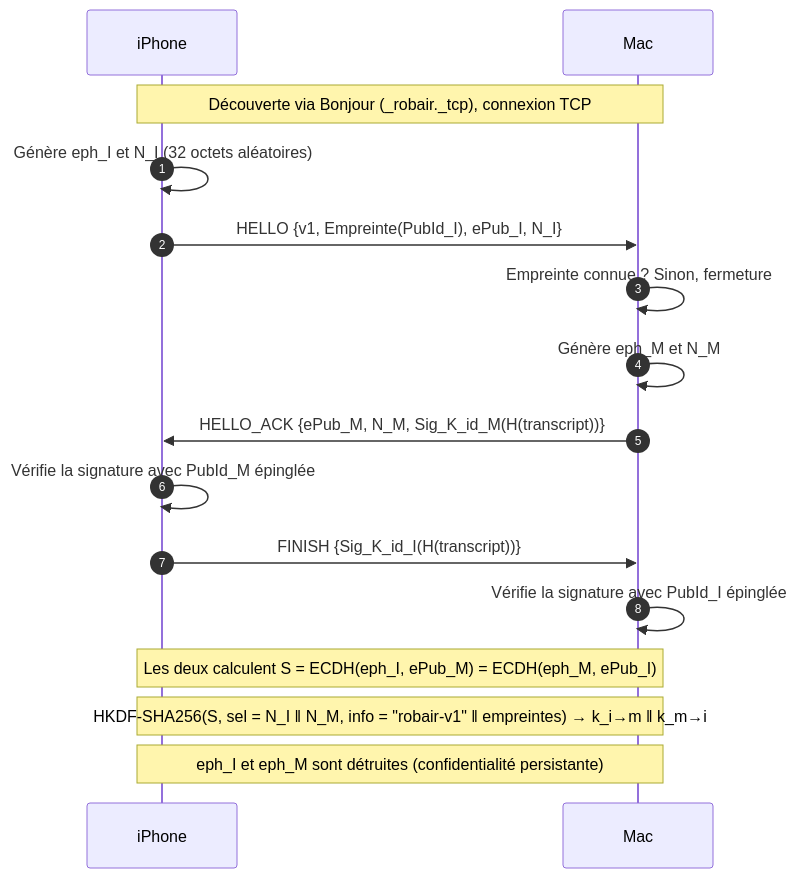
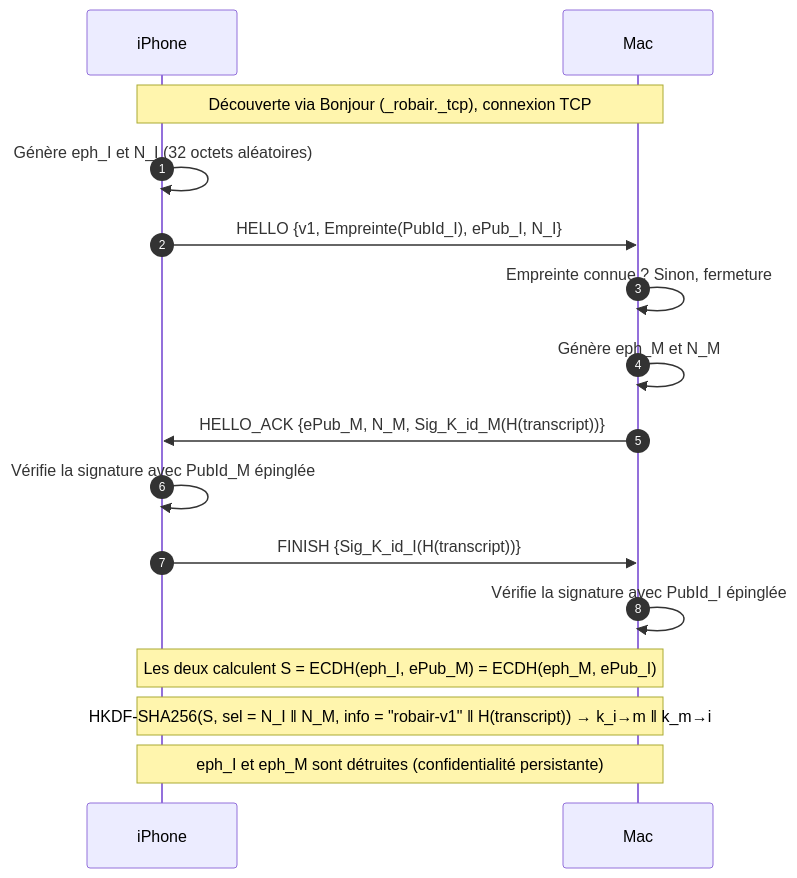
One commit to Br4tha/RobAir changed the third of 6 diagrams in docs/J2-architecture.md. Above: the diagram before and after it, drawn with Mermaid. The commit also changed other lines of this file and 3 other files, not shown here.

````diff
--- a/docs/J2-architecture.md
+++ b/docs/J2-architecture.md
@@ -107,19 +116,19 @@
 ```mermaid
 sequenceDiagram
     autonumber
     participant I as iPhone
     participant M as Mac
 
     Note over I,M: Découverte via Bonjour (_robair._tcp), connexion TCP
     I->>I: Génère eph_I et N_I (32 octets aléatoires)
     I->>M: HELLO {v1, Empreinte(PubId_I), ePub_I, N_I}
     M->>M: Empreinte connue ? Sinon, fermeture
     M->>M: Génère eph_M et N_M
     M->>I: HELLO_ACK {ePub_M, N_M, Sig_K_id_M(H(transcript))}
     I->>I: Vérifie la signature avec PubId_M épinglée
     I->>M: FINISH {Sig_K_id_I(H(transcript))}
     M->>M: Vérifie la signature avec PubId_I épinglée
     Note over I,M: Les deux calculent S = ECDH(eph_I, ePub_M) = ECDH(eph_M, ePub_I)
-    Note over I,M: HKDF-SHA256(S, sel = N_I ‖ N_M, info = "robair-v1" ‖ empreintes) → k_i→m ‖ k_m→i
+    Note over I,M: HKDF-SHA256(S, sel = N_I ‖ N_M, info = "robair-v1" ‖ H(transcript)) → k_i→m ‖ k_m→i
     Note over I,M: eph_I et eph_M sont détruites (confidentialité persistante)
 ```
````
